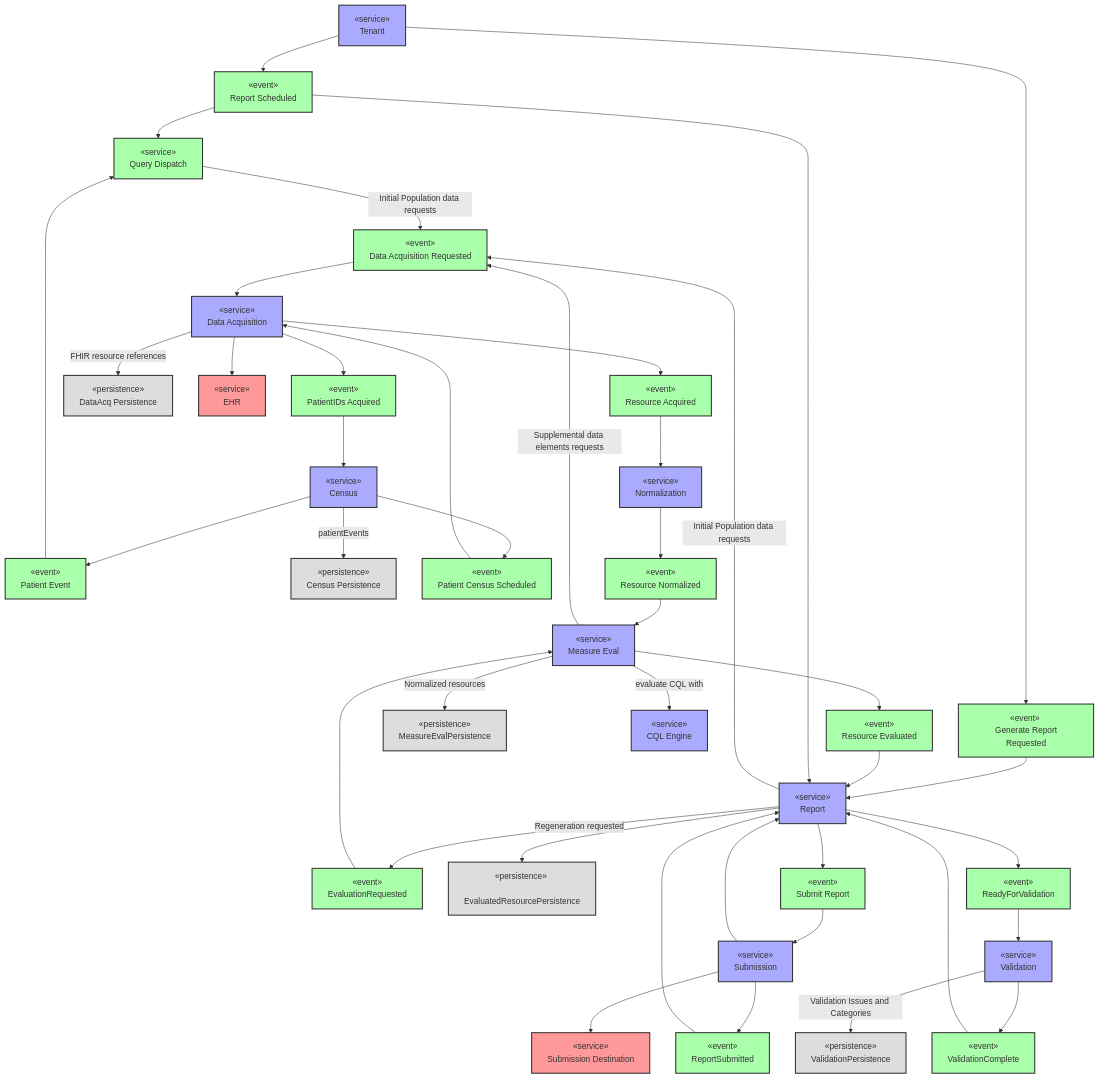
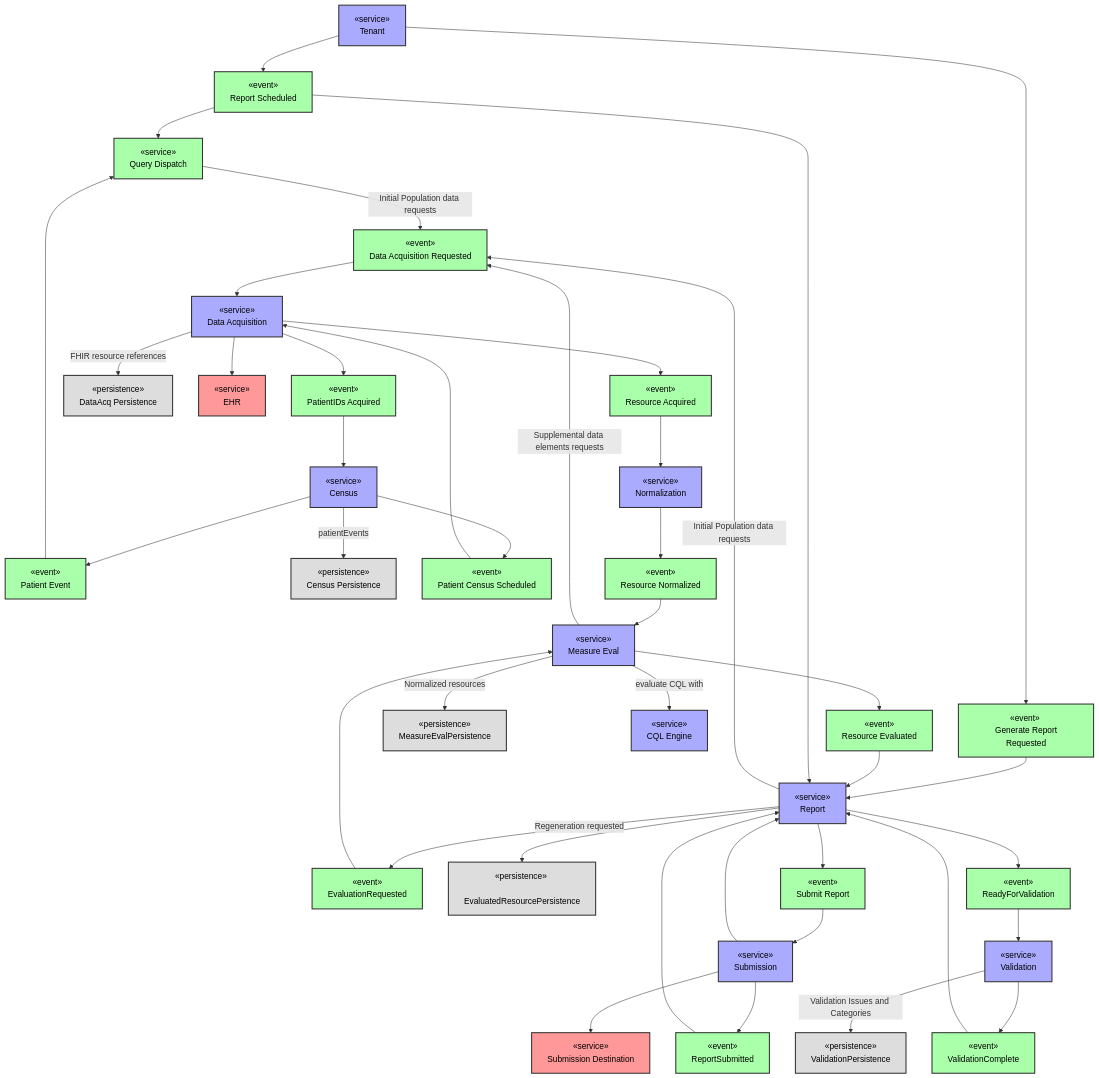
Before and after one commit to lantanagroup/link-cloud: the diagram in docs/README.md, drawn with Mermaid.

Commit message:
Updating main flow chart to use black for the font color

````diff
--- a/docs/README.md
+++ b/docs/README.md
@@ -8,56 +8,56 @@
 ```mermaid
 flowchart
 
     Tenant["«service» <br> Tenant"] --> ReportScheduled["«event» <br> Report Scheduled"]
     Tenant --> GenerateReportRequested["«event» <br> Generate Report Requested"]
     GenerateReportRequested --> R
     R -- Regeneration requested--> EvaluationRequested["«event» <br> EvaluationRequested"]
     EvaluationRequested --> ME
     ME -- Normalized resources--> MeasureEvalPersistence["«persistence» <br> MeasureEvalPersistence"]
     ReportScheduled --> QueryDispatch["«service» <br> Query Dispatch"]
     QueryDispatch -- Initial Population data requests --> DAR["«event» <br> Data Acquisition Requested"]
     DAR --> DA
     PE["«event» <br> Patient Event"] --> QueryDispatch
     C["«service» <br> Census"] --> PE
     C -- patientEvents --> CensusPersistence["«persistence» <br> Census Persistence"]
     C --> PCS["«event» <br> Patient Census Scheduled"]
     PIA["«event» <br> PatientIDs Acquired"] --> C
     PCS --> DA["«service» <br> Data Acquisition"]
     DA --> PIA
     DA -- FHIR resource references--> DataAcquisitionPersistence["«persistence» <br> DataAcq Persistence"]
     DA --> EHR["«service» <br> EHR"]
     DA --> PA["«event» <br> Resource Acquired"]
     PA --> N["«service» <br> Normalization"]
     N --> PN["«event» <br> Resource Normalized"]
     PN --> ME["«service» <br> Measure Eval"]
     ME -- evaluate CQL with--> CQL["«service» <br> CQL Engine"]
     ME --> MEV["«event» <br> Resource Evaluated"]
     ME -- Supplemental data elements requests--> DAR
     MEV --> R["«service» <br>Report"]
     R --> EvaluatedResourcePersistence["«persistence» <br> EvaluatedResourcePersistence"]
     ReportScheduled --> R
     R -- Initial Population data requests --> DAR
     R --> SR["«event» <br> Submit Report"]
     SR --> S["«service» <br> Submission"]
     S --> R
     S --> SD["«service» <br> Submission Destination"]
     S --> ReportSubmitted["«event» <br> ReportSubmitted"]
     ReportSubmitted-->R
     R --> ReadyForValidate["«event» <br> ReadyForValidation"]
     ReadyForValidate --> Validation["«service» <br> Validation"]
     Validation --> ValidationComplete["«event» <br> ValidationComplete"]
     Validation -- Validation Issues and Categories --> ValidationPersistence["«persistence» <br> ValidationPersistence"]
     ValidationComplete --> R
 
     %% Define a reusable style
-    classDef service fill:#aaf,stroke:#333,stroke-width:2px;
-    classDef event fill:#afa,stroke:#333,stroke-width:2px;
-    classDef external fill:#f99,stroke:#333,stroke-width:2px;
-    classDef persistence fill:#ddd,stroke:#333,stroke-width:2px;
+    classDef service fill:#aaf,stroke:#333,stroke-width:2px,color:#000;
+    classDef event fill:#afa,stroke:#333,stroke-width:2px,color:#000;
+    classDef external fill:#f99,stroke:#333,stroke-width:2px,color:#000;
+    classDef persistence fill:#ddd,stroke:#333,stroke-width:2px,color:#000;
 
     %% Apply the class to multiple nodes
     class N,S,Validation,ME,CQL,C,DA,Tenant,R service;
     class DAR,PCS,PIA,SR,MEV,PN,PA,ReportScheduled,PE,EvaluationRequested,GenerateReportRequested,ReportSubmitted,ReadyForValidate,QueryDispatch,ValidationComplete event;
     class EHR,SD external;
     class ValidationPersistence,CensusPersistence,DataAcquisitionPersistence,EvaluatedResourcePersistence,MeasureEvalPersistence persistence;
 ```
````
